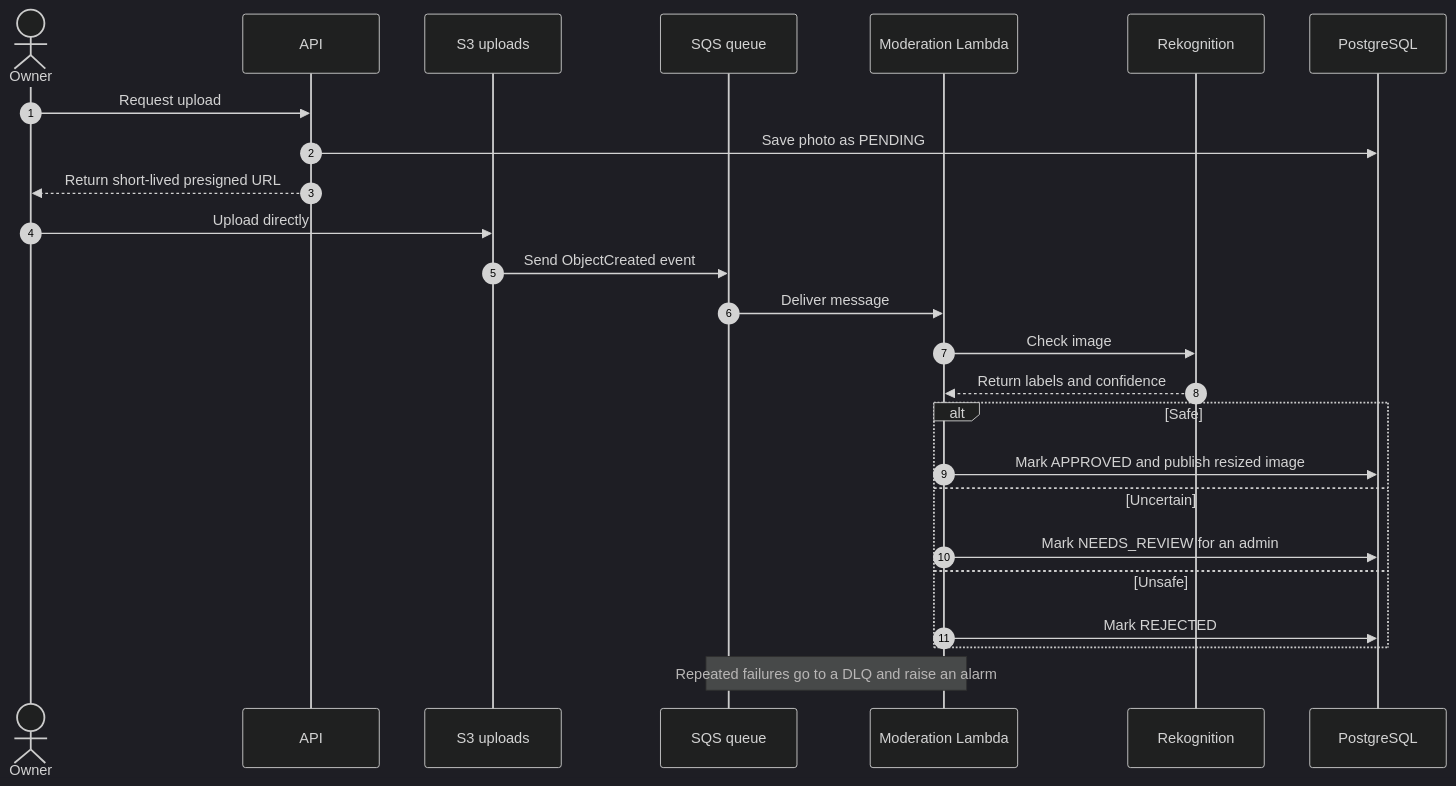
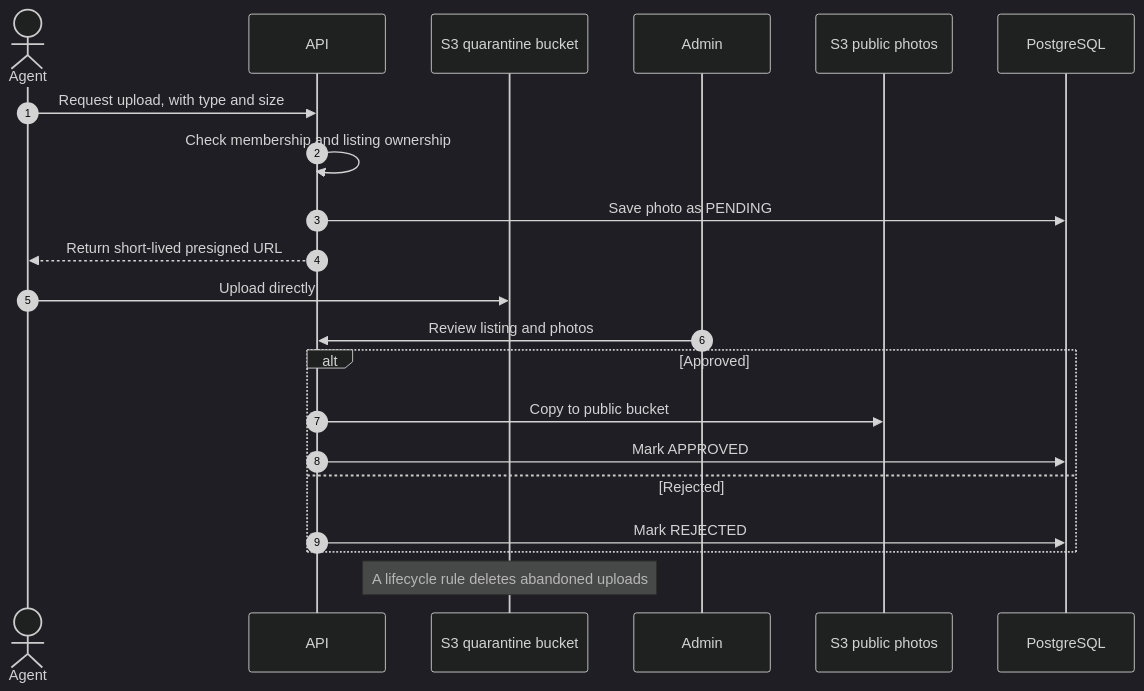
Before and after one commit to Zerubabel-J/tracehome-platform: the fifth of 9 diagrams in ARCHITECTURE.md, drawn with Mermaid (dark theme). The commit also changed other lines of this file and 2 other files, not shown here.

````diff
--- a/ARCHITECTURE.md
+++ b/ARCHITECTURE.md
@@ -147,28 +239,24 @@
 ```mermaid
 sequenceDiagram
     autonumber
-    actor Owner
+    actor Agent
     participant API
-    participant S3 as S3 uploads
-    participant Q as SQS queue
-    participant Fn as Moderation Lambda
-    participant Rek as Rekognition
+    participant S3 as S3 quarantine bucket
+    participant Admin
+    participant Public as S3 public photos
     participant DB as PostgreSQL
 
-    Owner->>API: Request upload
+    Agent->>API: Request upload, with type and size
+    API->>API: Check membership and listing ownership
     API->>DB: Save photo as PENDING
-    API-->>Owner: Return short-lived presigned URL
-    Owner->>S3: Upload directly
-    S3->>Q: Send ObjectCreated event
-    Q->>Fn: Deliver message
-    Fn->>Rek: Check image
-    Rek-->>Fn: Return labels and confidence
-    alt Safe
-        Fn->>DB: Mark APPROVED and publish resized image
-    else Uncertain
-        Fn->>DB: Mark NEEDS_REVIEW for an admin
-    else Unsafe
-        Fn->>DB: Mark REJECTED
+    API-->>Agent: Return short-lived presigned URL
+    Agent->>S3: Upload directly
+    Admin->>API: Review listing and photos
+    alt Approved
+        API->>Public: Copy to public bucket
+        API->>DB: Mark APPROVED
+    else Rejected
+        API->>DB: Mark REJECTED
     end
-    Note over Q,Fn: Repeated failures go to a DLQ and raise an alarm
+    Note over S3: A lifecycle rule deletes abandoned uploads
 ```
````
